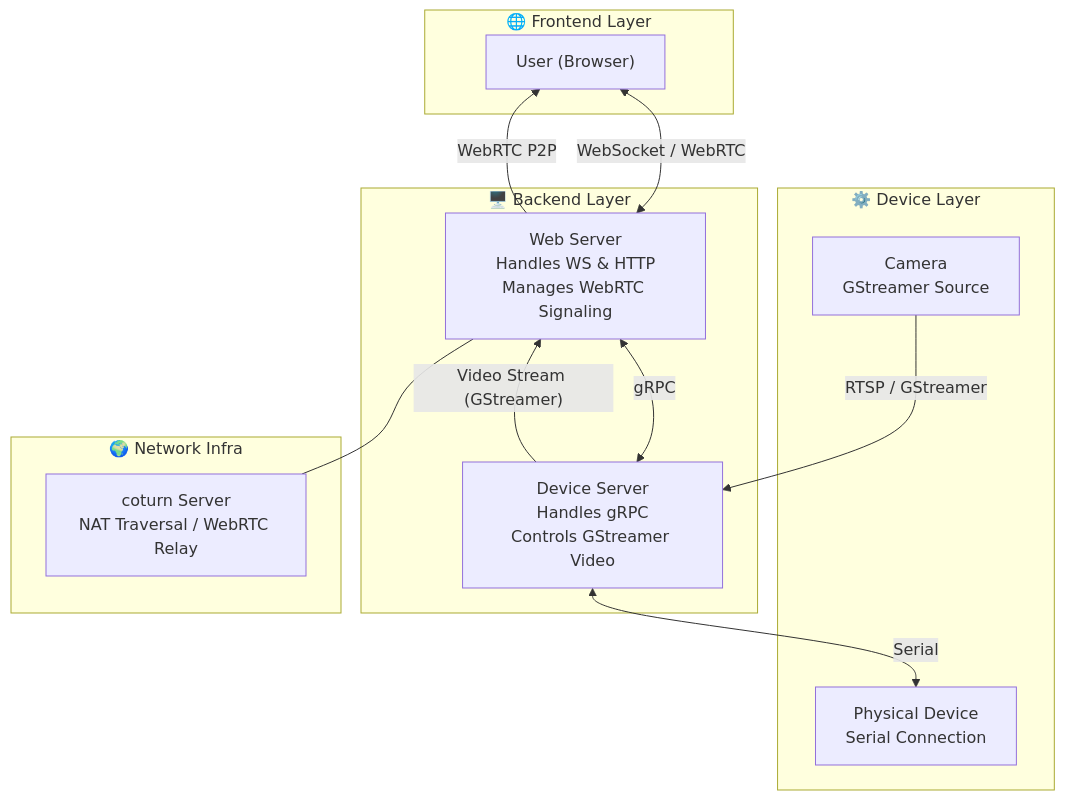
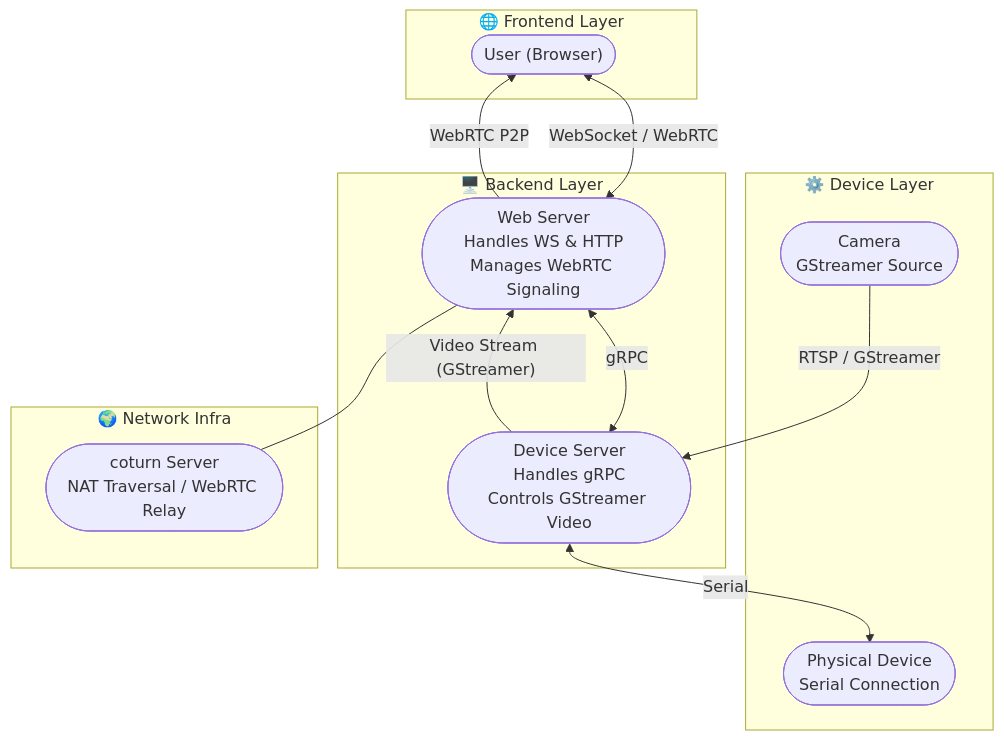
The diagram in Readme.md (gofmanaa/only_fans_turret), drawn with Mermaid before and after one commit.

````diff
--- a/Readme.md
+++ b/Readme.md
@@ -65,32 +65,32 @@
 ```mermaid
 %%{init: {'theme': 'default'}}%%
 graph TD
 
     %% === LAYERS ===
     subgraph Frontend ["🌐 Frontend Layer"]
-        U["User (Browser)"]
+        U(["User (Browser)"])
     end
 
     subgraph Backend ["🖥️ Backend Layer"]
-        WS["Web Server\nHandles WS & HTTP\nManages WebRTC Signaling"]
-        DS["Device Server\nHandles gRPC\nControls GStreamer Video"]
+        WS(["Web Server<br/>Handles WS & HTTP<br/>Manages WebRTC Signaling"])
+        DS(["Device Server<br/>Handles gRPC<br/>Controls GStreamer Video"])
     end
 
     subgraph Device ["⚙️ Device Layer"]
-        D["Physical Device\nSerial Connection"]
-        CAM["Camera\nGStreamer Source"]
+        D(["Physical Device<br/>Serial Connection"])
+        CAM(["Camera<br/>GStreamer Source"])
     end
 
     subgraph Network ["🌍 Network Infra"]
-        TURN["coturn Server\nNAT Traversal / WebRTC Relay"]
+        TURN(["coturn Server<br/>NAT Traversal / WebRTC Relay"])
     end
 
     %% === CONNECTIONS ===
     U <-->|"WebSocket / WebRTC"| WS
     WS <-->|"gRPC"| DS
     DS <-->|"Serial"| D
     DS -->|"Video Stream (GStreamer)"| WS
     WS -->|"WebRTC P2P"| U
     WS --- TURN
     CAM -->|"RTSP / GStreamer"| DS
 ```
````
